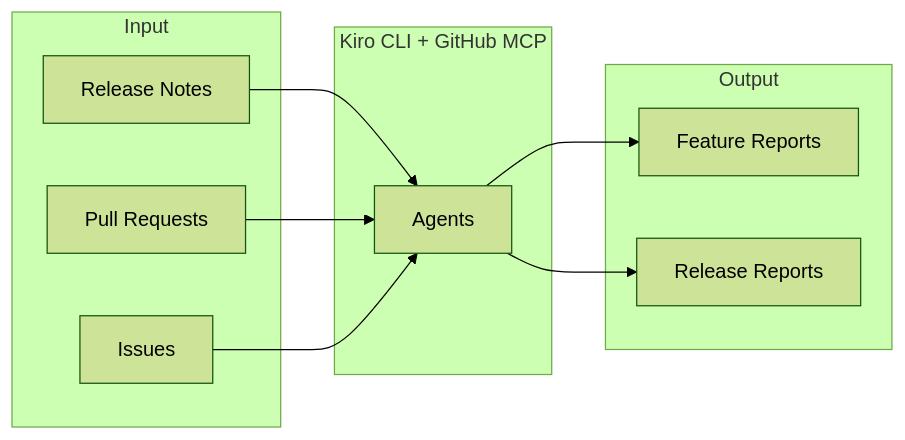
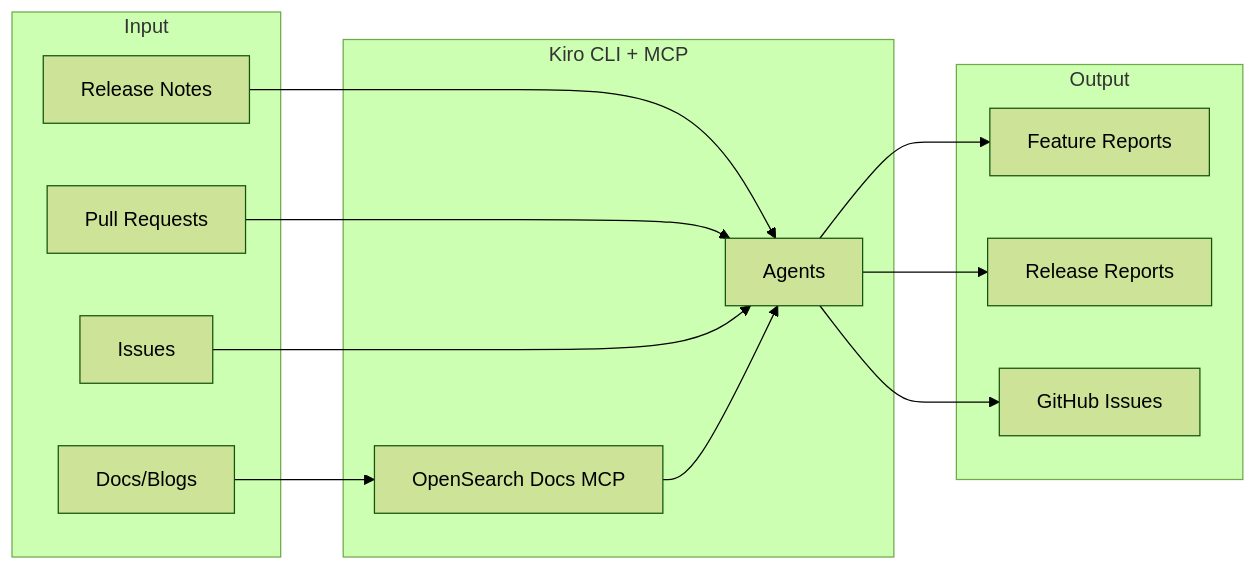
The diagram in README.md (tkykenmt/opensearch-feature-explorer), drawn with Mermaid (forest theme) before and after one commit. The commit also changed other lines of this file and 3 other files, not shown here.

First line of the commit message:
feat: add OpenSearch Docs MCP Server

````diff
--- a/README.md
+++ b/README.md
@@ -7,20 +7,25 @@
 ```mermaid
 graph LR
     subgraph Input
         RN[Release Notes]
         PR[Pull Requests]
         Issue[Issues]
+        Docs[Docs/Blogs]
     end
-    subgraph "Kiro CLI + GitHub MCP"
+    subgraph "Kiro CLI + MCP"
         Agent[Agents]
+        MCP[OpenSearch Docs MCP]
     end
     subgraph Output
         FR[Feature Reports]
         RR[Release Reports]
+        GH[GitHub Issues]
     end
     RN --> Agent
     PR --> Agent
     Issue --> Agent
+    Docs --> MCP --> Agent
     Agent --> FR
     Agent --> RR
+    Agent --> GH
 ```
````
